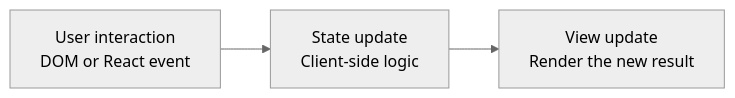
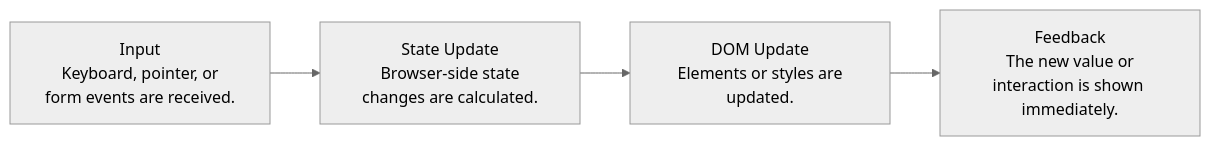
The diagram in README.md (Kanishq10/Bubble-Sort-Visualiser), drawn with Mermaid (neutral theme) before and after one commit. The commit also changed other lines of this file, not shown here.

````diff
--- a/README.md
+++ b/README.md
@@ -17,8 +26,10 @@
 ```mermaid
 flowchart LR
-    N0["User interaction<br/> DOM or React event"]
-    N1["State update<br/> Client-side logic"]
+    N0["Input<br/> Keyboard, pointer, or form events are received."]
+    N1["State Update<br/> Browser-side state changes are calculated."]
+    N2["DOM Update<br/> Elements or styles are updated."]
+    N3["Feedback<br/> The new value or interaction is shown immediately."]
     N0 --> N1
-    N2["View update<br/> Render the new result"]
     N1 --> N2
+    N2 --> N3
 ```
````
